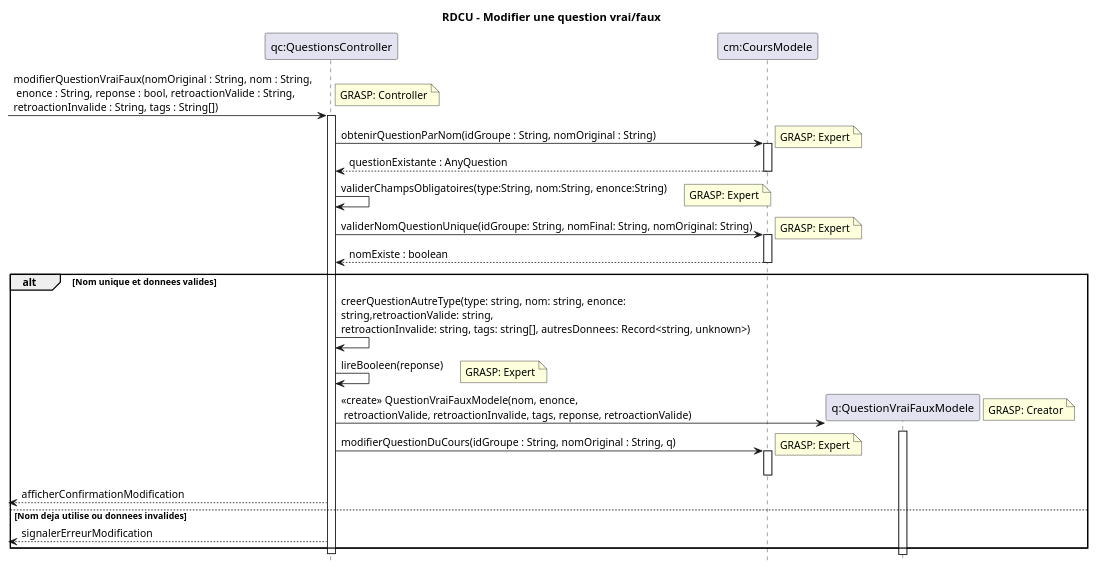
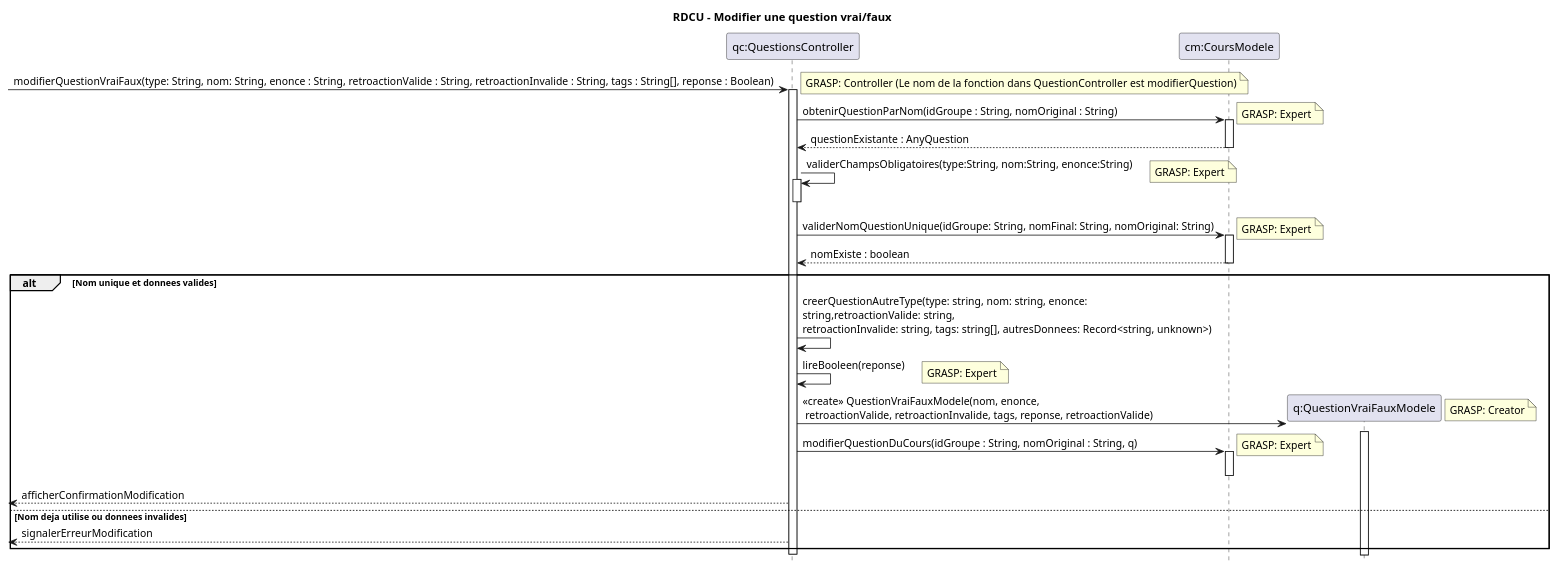
One commit to xMrYahya/moodle-clone changed the diagram in docs/modeles/cu02/rdcu-modifier-question-vrai-faux.puml. Above: the diagram before and after it, drawn with PlantUML. The commit also changed 26 other files, not shown here.

Commit message:
Fix des diagrams ajout et modifier

```diff
--- a/docs/modeles/cu02/rdcu-modifier-question-vrai-faux.puml
+++ b/docs/modeles/cu02/rdcu-modifier-question-vrai-faux.puml
@@ -1,53 +1,54 @@
 @startuml
 hide footbox
 title RDCU - Modifier une question vrai/faux
 
 participant "qc:QuestionsController" as QC
 participant "cm:CoursModele" as CM
 participant "q:QuestionVraiFauxModele" as Q
 
--> QC : modifierQuestionVraiFaux(nomOriginal : String, nom : String,\n enonce : String, reponse : bool, retroactionValide : String, \nretroactionInvalide : String, tags : String[])
-note right: GRASP: Controller
+-> QC : modifierQuestionVraiFaux(type: String, nom: String, enonce : String, retroactionValide : String, retroactionInvalide : String, tags : String[], reponse : Boolean)
+note right: GRASP: Controller (Le nom de la fonction dans QuestionController est modifierQuestion)
 activate QC
 
 QC -> CM : obtenirQuestionParNom(idGroupe : String, nomOriginal : String)
 note right: GRASP: Expert
 activate CM
 CM --> QC : questionExistante : AnyQuestion
 deactivate CM
 
-QC -> QC : validerChampsObligatoires(type:String, nom:String, enonce:String)
+QC -> QC ++: validerChampsObligatoires(type:String, nom:String, enonce:String)
 note right: GRASP: Expert
+deactivate QC
 
 QC -> CM : validerNomQuestionUnique(idGroupe: String, nomFinal: String, nomOriginal: String)
 note right: GRASP: Expert
 activate CM
 CM --> QC : nomExiste : boolean
 deactivate CM
 
 alt Nom unique et donnees valides
     QC -> QC : creerQuestionAutreType(type: string, nom: string, enonce: \nstring,retroactionValide: string, \nretroactionInvalide: string, tags: string[], autresDonnees: Record<string, unknown>)
 
 
   QC -> QC : lireBooleen(reponse)
   note right: GRASP: Expert
 
   create Q
   QC -> Q : <<create>> QuestionVraiFauxModele(nom, enonce,\n retroactionValide, retroactionInvalide, tags, reponse, retroactionValide)
   note right: GRASP: Creator
   activate Q
   deactivate Q
 
   QC -> CM : modifierQuestionDuCours(idGroupe : String, nomOriginal : String, q)
   note right: GRASP: Expert
   activate CM
   deactivate CM
 
   <-- QC : afficherConfirmationModification
 else Nom deja utilise ou donnees invalides
   <-- QC : signalerErreurModification
 end
 
 deactivate QC
 
 @enduml
```
